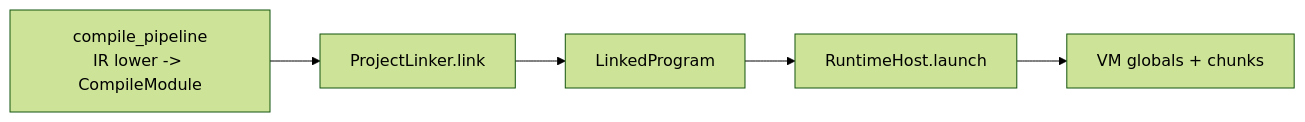
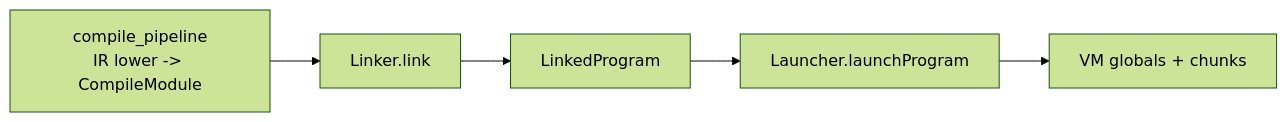
One commit to nikiplus/niki changed the first of 2 diagrams in docs/architecture/linker_evolution_plan.md. Above: the diagram before and after it, drawn with Mermaid (forest theme). The commit also changed other lines of this file and 17 other files, not shown here.

````diff
--- a/docs/architecture/linker_evolution_plan.md
+++ b/docs/architecture/linker_evolution_plan.md
@@ -33,10 +33,10 @@
 ```mermaid
 flowchart LR
   compile_pipeline["compile_pipeline\nIR lower -> CompileModule"]
-  project_linker["ProjectLinker.link"]
+  linker_link["Linker.link"]
   linked["LinkedProgram"]
-  runtime_host["RuntimeHost.launch"]
+  launcher_launch["Launcher.launchProgram"]
   vm["VM globals + chunks"]
 
-  compile_pipeline --> project_linker --> linked --> runtime_host --> vm
+  compile_pipeline --> linker_link --> linked --> launcher_launch --> vm
 ```
````
